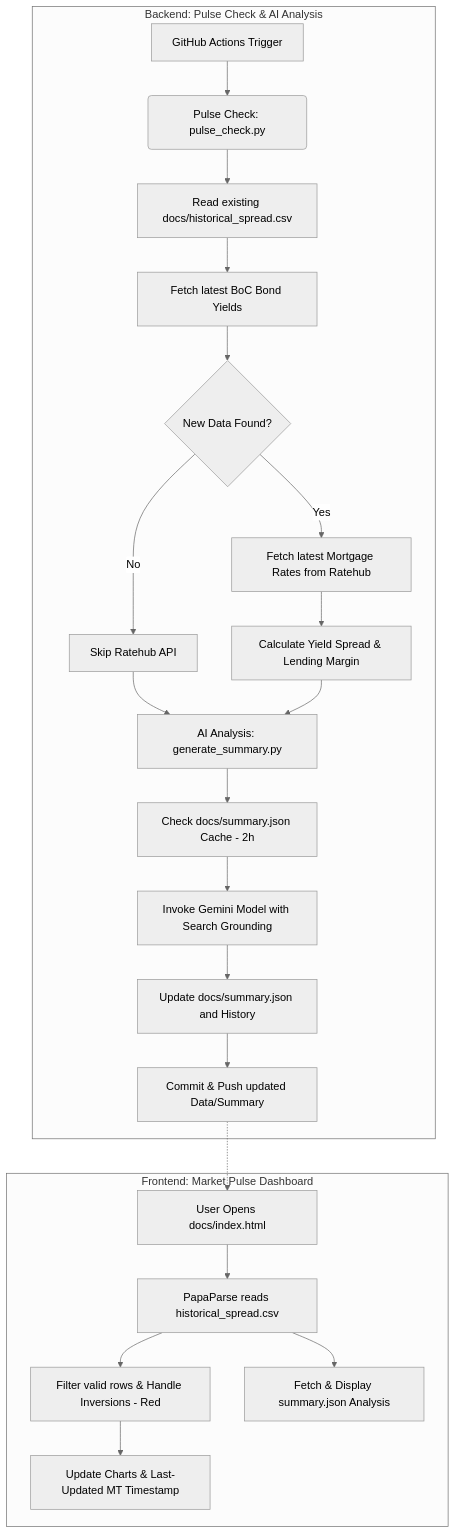
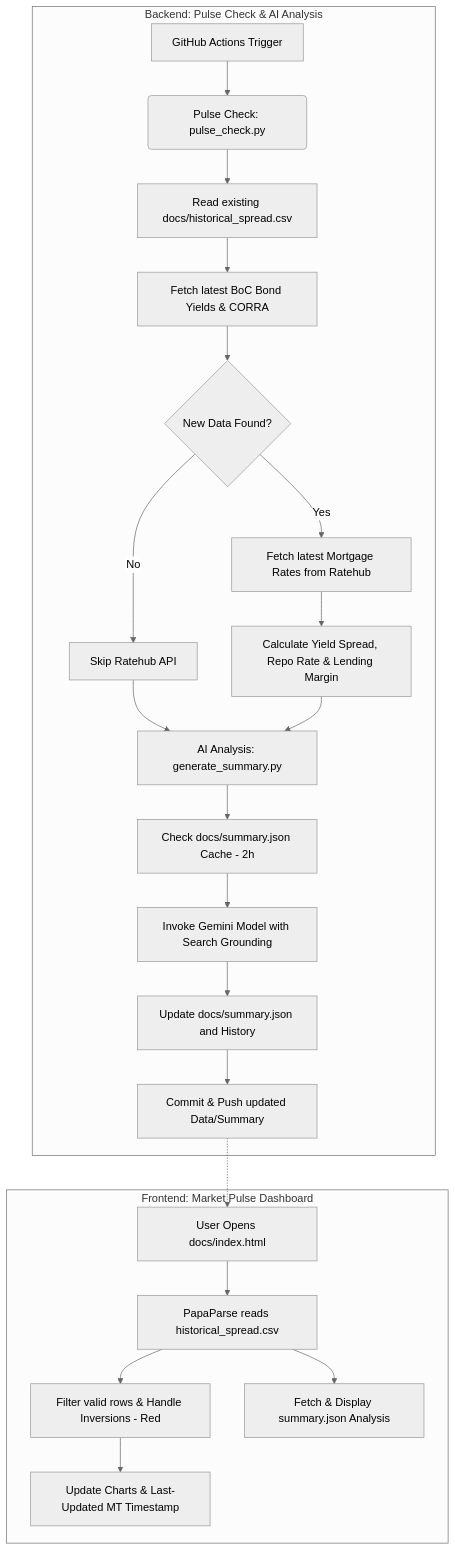
One commit to rnparker/Gemini-Sandbox changed the diagram in diagrams/data_flow.mmd. Above: the diagram before and after it, drawn with Mermaid (neutral theme). The commit also changed 10 other files, not shown here.

First line of the commit message:
feat: integrate CORRA + 50bps as reference repo rate

```diff
--- a/diagrams/data_flow.mmd
+++ b/diagrams/data_flow.mmd
@@ -1,25 +1,25 @@
 graph TD
     subgraph Backend ["Backend: Pulse Check & AI Analysis"]
     A[GitHub Actions Trigger] --> B(Pulse Check: pulse_check.py)
     B --> C[Read existing docs/historical_spread.csv]
-    C --> D[Fetch latest BoC Bond Yields]
+    C --> D[Fetch latest BoC Bond Yields & CORRA]
     D --> E{New Data Found?}
     E -- No --> F[Skip Ratehub API]
     E -- Yes --> G[Fetch latest Mortgage Rates from Ratehub]
-    G --> H[Calculate Yield Spread & Lending Margin]
+    G --> H[Calculate Yield Spread, Repo Rate & Lending Margin]
     F --> I[AI Analysis: generate_summary.py]
     H --> I
     I --> J[Check docs/summary.json Cache - 2h]
     J --> K[Invoke Gemini Model with Search Grounding]
     K --> L[Update docs/summary.json and History]
     L --> M[Commit & Push updated Data/Summary]
     end
 
     subgraph Frontend ["Frontend: Market Pulse Dashboard"]
     N[User Opens docs/index.html] --> O[PapaParse reads historical_spread.csv]
     O --> P[Filter valid rows & Handle Inversions - Red]
     P --> Q[Update Charts & Last-Updated MT Timestamp]
     O --> R[Fetch & Display summary.json Analysis]
     end
 
     M -.-> N
```
